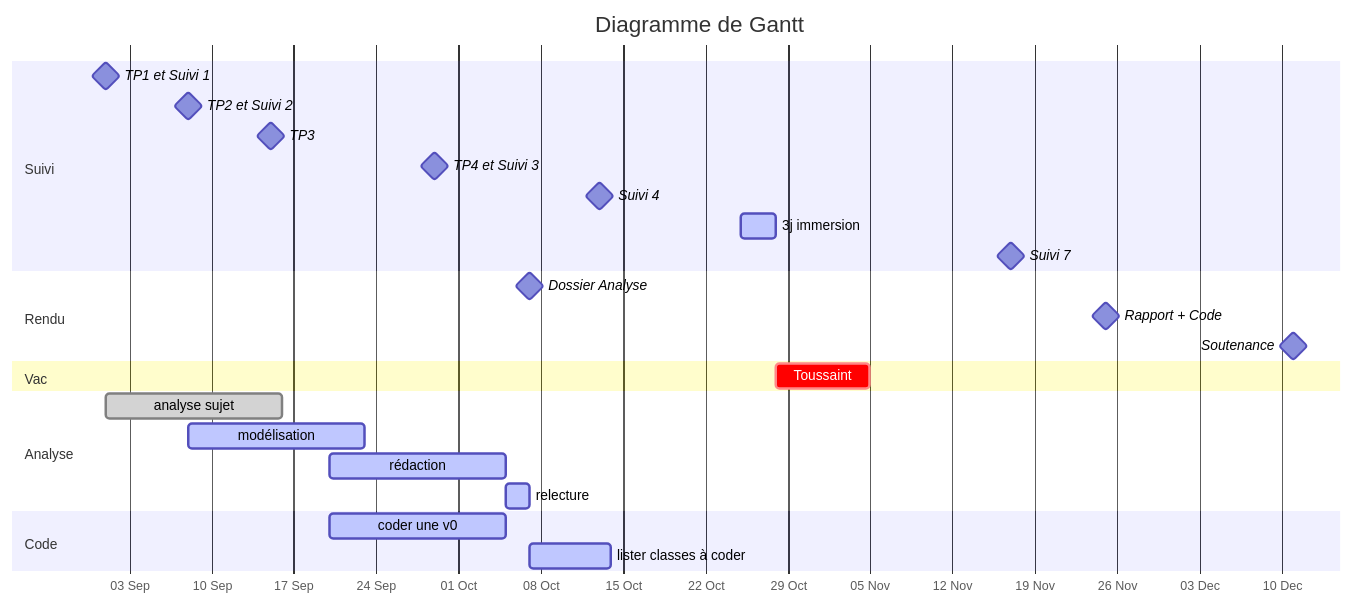
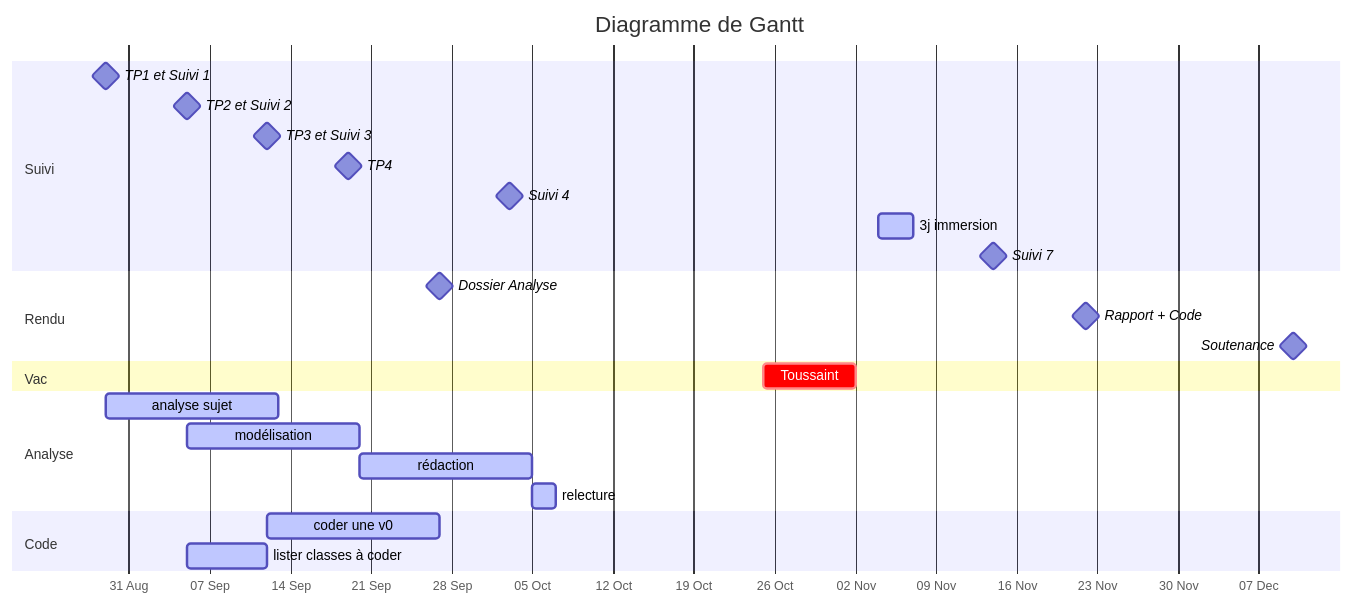
One commit to TeodoraHub/Info-2A-Strava changed the diagram in doc/suivi.md. Above: the diagram before and after it, drawn with Mermaid. The commit also changed other lines of this file, not shown here.

Commit message:
MAJ doc suiv

````diff
--- a/doc/suivi.md
+++ b/doc/suivi.md
@@ -16,38 +16,38 @@
 ```mermaid
 gantt
     %% doc : https://mermaid-js.github.io/mermaid/#/./gantt
     dateFormat  YYYY-MM-DD
     axisFormat  %d %b
     title       Diagramme de Gantt
     %%excludes  YYYY-MM-DD and/or sunday and/or weekends 
      
     section Suivi
-    TP1 et Suivi 1               :milestone, 2023-09-01,
-    TP2 et Suivi 2               :milestone, 2023-09-08,
-    TP3                          :milestone, 2023-09-15,
-    TP4 et Suivi 3               :milestone, 2023-09-29,
-    Suivi 4                      :milestone, 2023-10-13,
-    3j immersion                 :active,    2023-10-25, 3d
-    Suivi 7                      :milestone, 2023-11-17,
+    TP1 et Suivi 1               :milestone, 2025-08-29,
+    TP2 et Suivi 2               :milestone, 2025-09-05,
+    TP3 et Suivi 3               :milestone, 2025-09-12,
+    TP4                          :milestone, 2025-09-19,
+    Suivi 4                      :milestone, 2025-10-03,
+    3j immersion                 :active,    2025-11-04, 3d
+    Suivi 7                      :milestone, 2025-11-14,
     
     section Rendu
-    Dossier Analyse              :milestone, 2023-10-07,
-    Rapport + Code               :milestone, 2023-11-25,
-    Soutenance                   :milestone, 2023-12-11,
+    Dossier Analyse              :milestone, 2025-09-27,
+    Rapport + Code               :milestone, 2025-11-22,
+    Soutenance                   :milestone, 2025-12-10,
     
     section Vac
-    Toussaint                    :crit,    2023-10-28, 2023-11-05
+    Toussaint                    :crit,    2025-10-25, 2025-11-02
     
     section Analyse
-    analyse sujet                :done,      2023-09-01, 15d
-    modélisation                 :active,    2023-09-08, 15d
-    rédaction                    :active,    2023-09-20, 2023-10-05
-    relecture                    :active,    2023-10-05, 2023-10-07
+    analyse sujet                :active,    2025-08-29, 15d
+    modélisation                 :active,    2025-09-05, 15d
+    rédaction                    :active,    2025-09-20, 2025-10-05
+    relecture                    :active,    2025-10-05, 2025-10-07
     
     section Code
-    coder une v0                 :active,    2023-09-20, 15d
-    lister classes à coder       :active,    2023-10-07, 7d
+    coder une v0                 :active,    2025-09-12, 15d
+    lister classes à coder       :active,    2025-09-05, 7d
     
 
-    %%Stats univariées retraités   :done,         2021-11-28, 3d
+    %%Stats univariées retraités   :done,         2025-11-28, 3d
 ```
````
